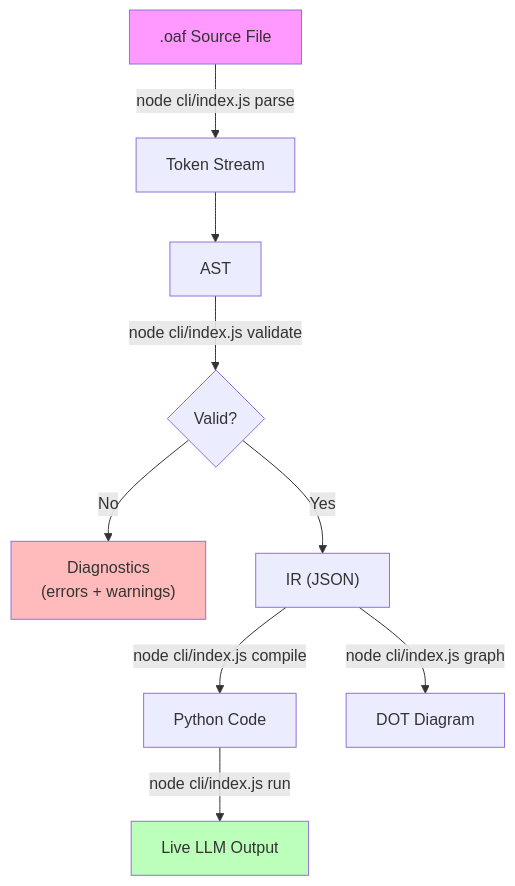
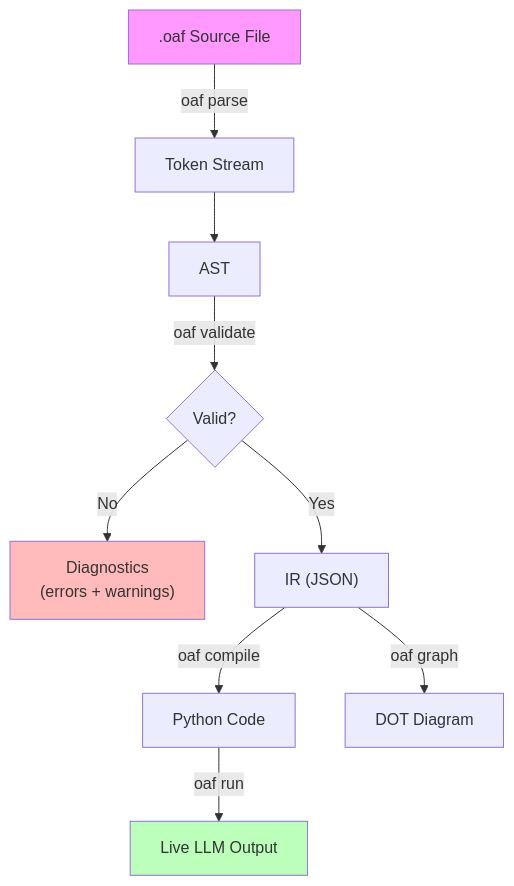
One commit to OpenAgentFlow/OpenAgentFlow changed the second of 2 diagrams in docs/core-concepts/workflow-lifecycle.md. Above: the diagram before and after it, drawn with Mermaid. The commit also changed other lines of this file and 11 other files, not shown here.

First line of the commit message:
docs: streamline README and standardize oaf CLI across docs suite

````diff
--- a/docs/core-concepts/workflow-lifecycle.md
+++ b/docs/core-concepts/workflow-lifecycle.md
@@ -245,15 +245,15 @@
 ```mermaid
 graph TD
-    A[".oaf Source File"] -->|"node cli/index.js parse"| B["Token Stream"]
+    A[".oaf Source File"] -->|"oaf parse"| B["Token Stream"]
     B --> C["AST"]
-    C -->|"node cli/index.js validate"| D{"Valid?"}
+    C -->|"oaf validate"| D{"Valid?"}
     D -->|"No"| E["Diagnostics<br/>(errors + warnings)"]
     D -->|"Yes"| F["IR (JSON)"]
-    F -->|"node cli/index.js compile"| G["Python Code"]
-    F -->|"node cli/index.js graph"| H["DOT Diagram"]
-    G -->|"node cli/index.js run"| I["Live LLM Output"]
+    F -->|"oaf compile"| G["Python Code"]
+    F -->|"oaf graph"| H["DOT Diagram"]
+    G -->|"oaf run"| I["Live LLM Output"]
 
     style A fill:#f9f
     style E fill:#fbb
     style I fill:#bfb
 ```
````
